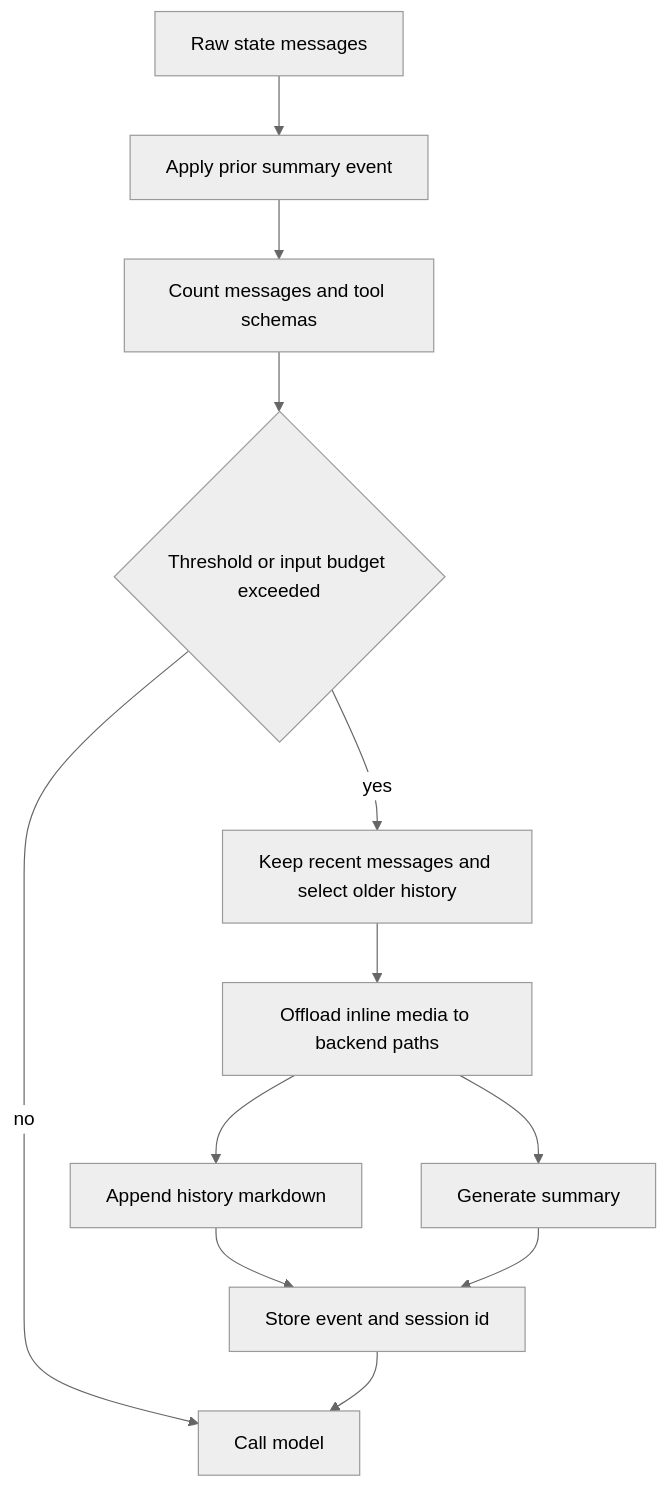
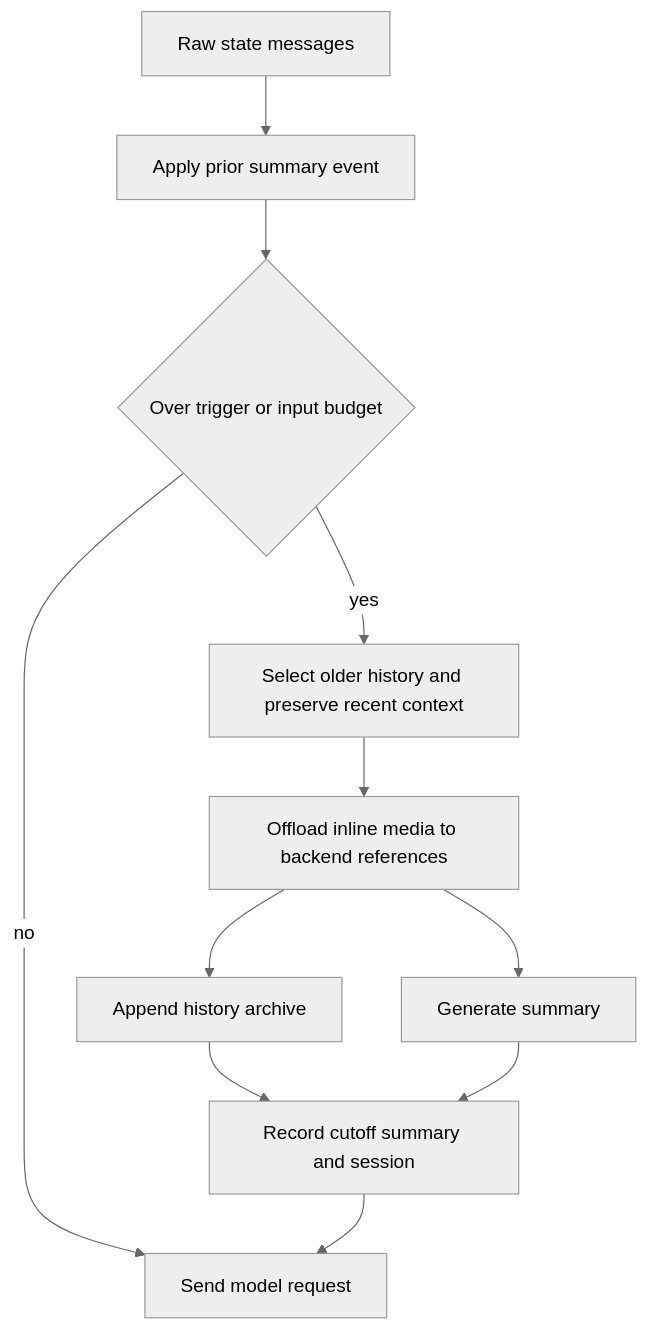
Before and after one commit to langchain-ai/deepagents: the third of 3 diagrams in openwiki/concepts/middleware-catalog.md, drawn with Mermaid (neutral theme). The commit also changed other lines of this file and 47 other files, not shown here.

````diff
--- a/openwiki/concepts/middleware-catalog.md
+++ b/openwiki/concepts/middleware-catalog.md
@@ -69,14 +97,13 @@
 ```mermaid
 flowchart TD
     Raw["Raw state messages"] --> Effective["Apply prior summary event"]
-    Effective --> Count["Count messages and tool schemas"]
-    Count --> Check{"Threshold or input budget exceeded"}
-    Check -->|"no"| Call["Call model"]
-    Check -->|"yes"| Partition["Keep recent messages and select older history"]
-    Partition --> Media["Offload inline media to backend paths"]
-    Media --> Archive["Append history markdown"]
-    Media --> Summary["Generate summary"]
-    Archive --> Event["Store event and session id"]
-    Summary --> Event
-    Event --> Call
+    Effective --> Budget{"Over trigger or input budget"}
+    Budget -->|"no"| Send["Send model request"]
+    Budget -->|"yes"| Prepare["Select older history and preserve recent context"]
+    Prepare --> Media["Offload inline media to backend references"]
+    Media --> Store["Append history archive"]
+    Media --> Summarize["Generate summary"]
+    Store --> Event["Record cutoff summary and session"]
+    Summarize --> Event
+    Event --> Send
 ```
````
